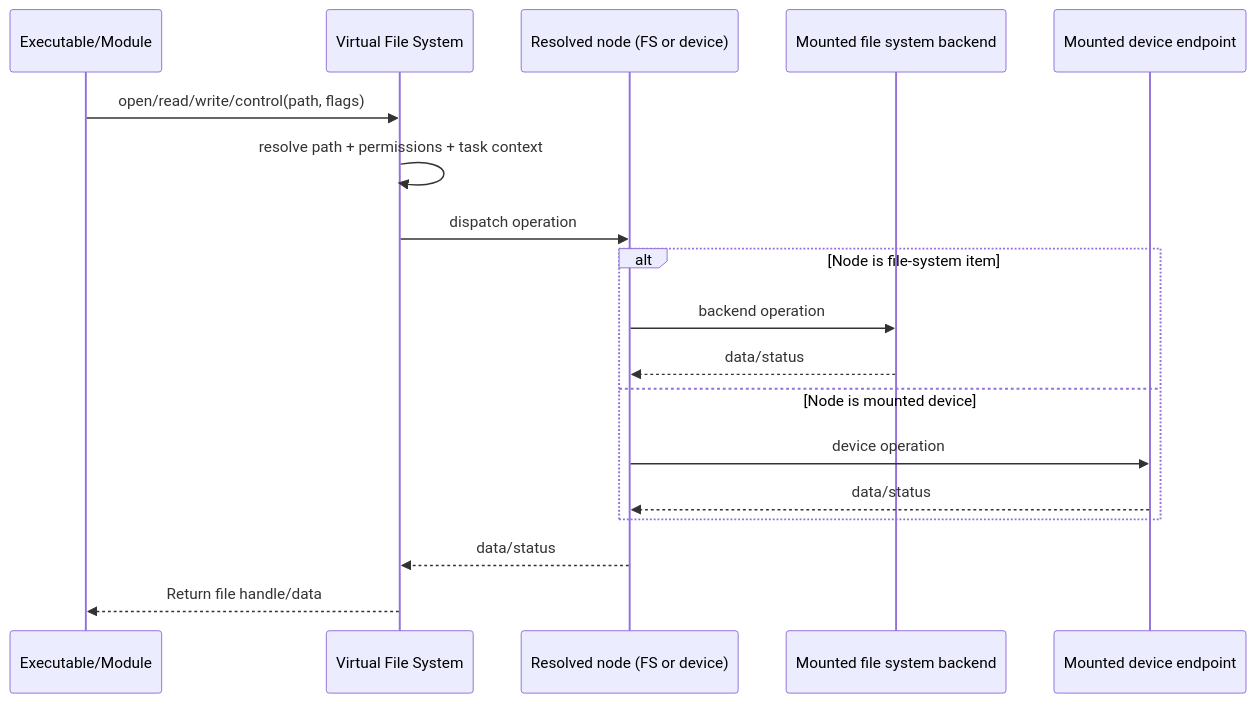
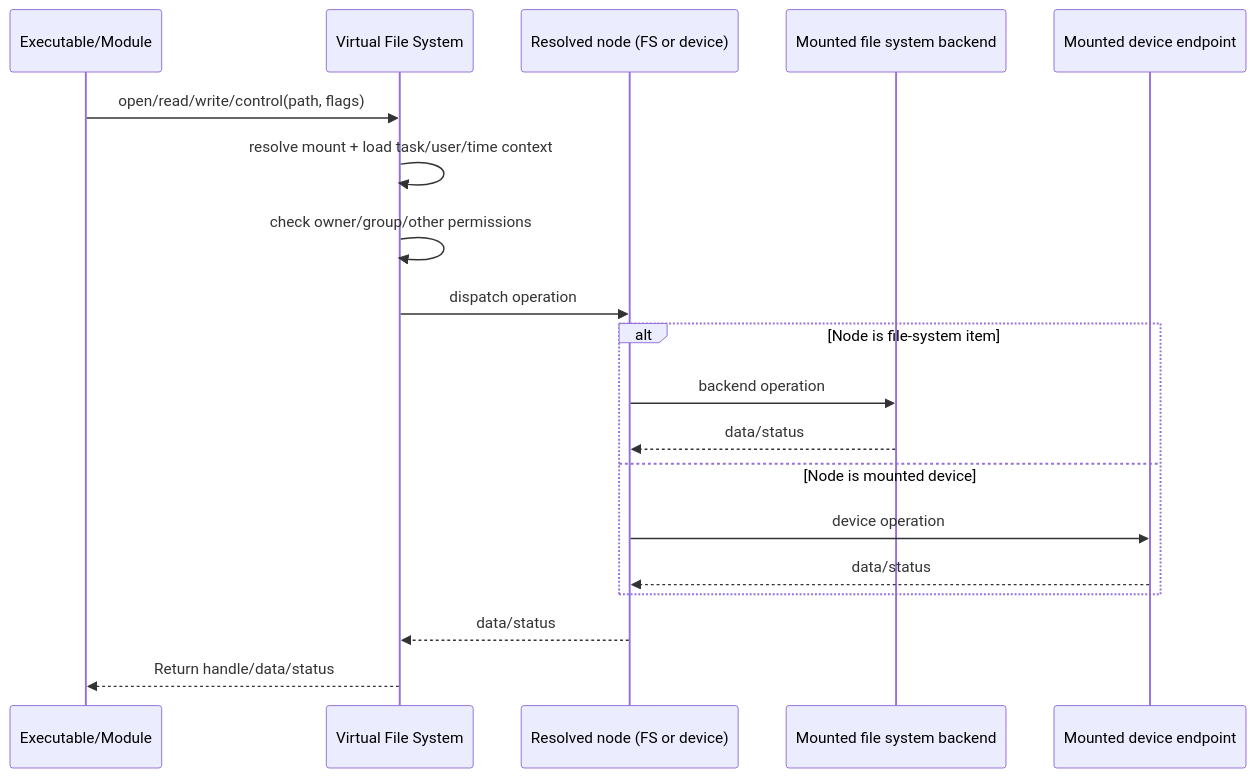
One commit to Xila-Project/Website changed the diagram in src/guide/architecture/modules/virtual_file_system.md. Above: the diagram before and after it, drawn with Mermaid. The commit also changed other lines of this file, not shown here.

Commit message:
feat: enhance Virtual File System documentation with detailed role, responsibilities, lifecycle, and data/control flow

````diff
--- a/src/guide/architecture/modules/virtual_file_system.md
+++ b/src/guide/architecture/modules/virtual_file_system.md
@@ -71,21 +52,22 @@
 ```mermaid
 sequenceDiagram
   participant App as Executable/Module
-    participant VFS as Virtual File System
+  participant VFS as Virtual File System
   participant Node as Resolved node (FS or device)
   participant FS as Mounted file system backend
   participant Dev as Mounted device endpoint
 
   App->>VFS: open/read/write/control(path, flags)
-  VFS->>VFS: resolve path + permissions + task context
+  VFS->>VFS: resolve mount + load task/user/time context
+  VFS->>VFS: check owner/group/other permissions
   VFS->>Node: dispatch operation
   alt Node is file-system item
     Node->>FS: backend operation
     FS-->>Node: data/status
   else Node is mounted device
     Node->>Dev: device operation
     Dev-->>Node: data/status
   end
   Node-->>VFS: data/status
-    VFS-->>App: Return file handle/data
+  VFS-->>App: Return handle/data/status
 ```
````
